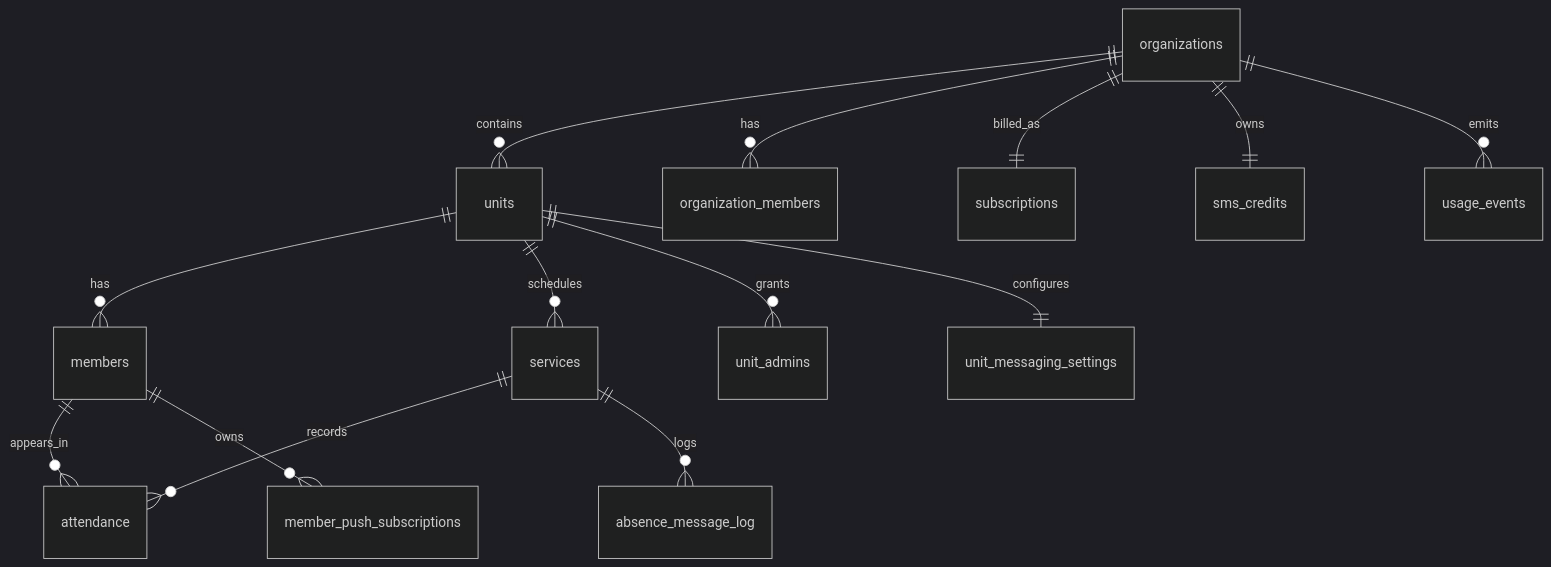
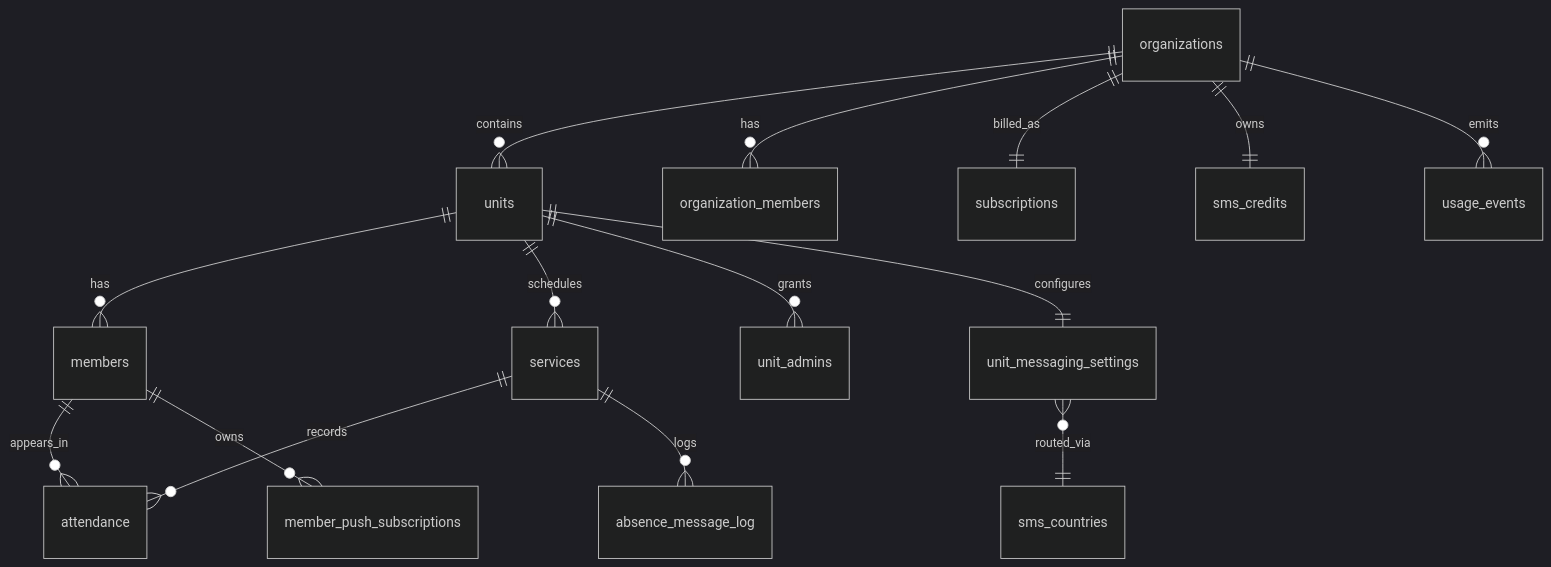
One commit to Jehmni/rollcall changed the third of 6 diagrams in ARCHITECTURE.md. Above: the diagram before and after it, drawn with Mermaid (dark theme). The commit also changed other lines of this file and 2 other files, not shown here.

First line of the commit message:
docs: update all docs for SMS country routing feature

````diff
--- a/ARCHITECTURE.md
+++ b/ARCHITECTURE.md
@@ -121,16 +121,17 @@
 ```mermaid
 erDiagram
   organizations ||--o{ units : contains
   organizations ||--o{ organization_members : has
   units ||--o{ members : has
   units ||--o{ services : schedules
   units ||--o{ unit_admins : grants
   services ||--o{ attendance : records
   members ||--o{ attendance : appears_in
   members ||--o{ member_push_subscriptions : owns
   units ||--|| unit_messaging_settings : configures
+  unit_messaging_settings }o--|| sms_countries : routed_via
   services ||--o{ absence_message_log : logs
   organizations ||--|| subscriptions : billed_as
   organizations ||--|| sms_credits : owns
   organizations ||--o{ usage_events : emits
 ```
````
